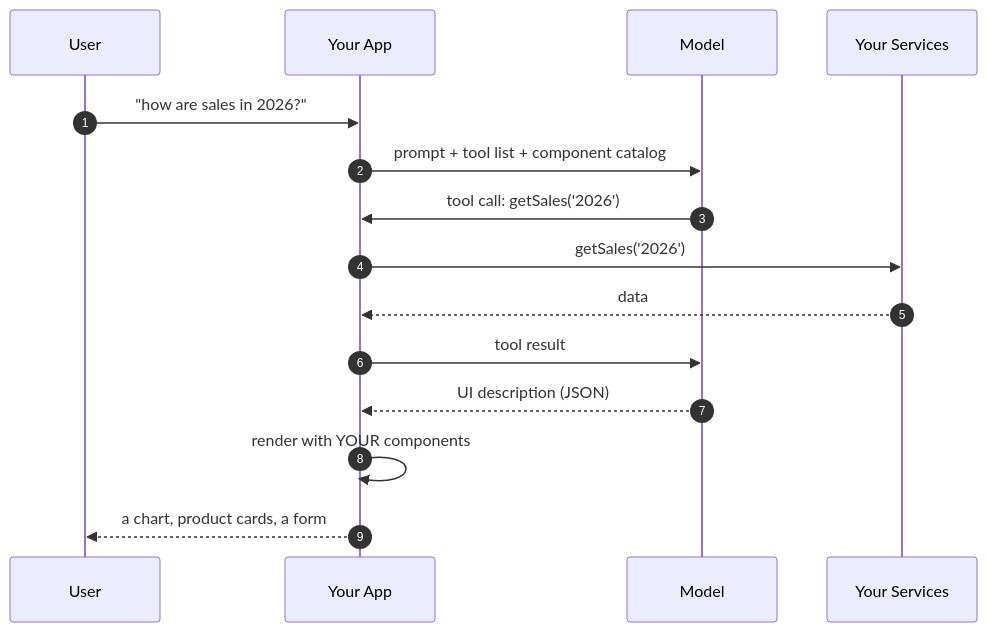
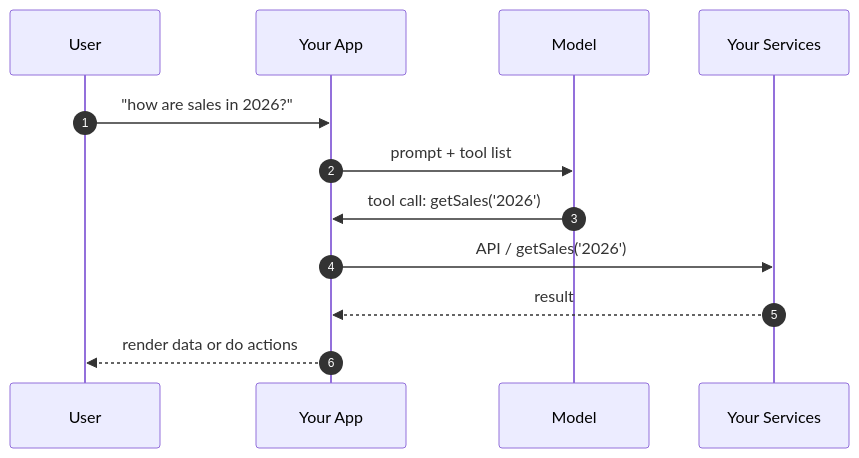
Before and after one commit to fb-talks/generative-ui: the first of 3 diagrams in decks/04-generative-ui.md, drawn with Mermaid. The commit also changed other lines of this file and 3 other files, not shown here.

````diff
--- a/decks/04-generative-ui.md
+++ b/decks/04-generative-ui.md
@@ -76,18 +76,16 @@
 ```mermaid
 sequenceDiagram
     autonumber
     participant U as User
     participant A as Your App
     participant M as Model
     participant S as Your Services
 
     U->>A: "how are sales in 2026?"
-    A->>M: prompt + tool list + component catalog
+    A->>M: prompt + tool list
     M->>A: tool call: getSales('2026')
-    A->>S: getSales('2026')
-    S-->>A: data
-    A->>M: tool result
-    M-->>A: UI description (JSON)
-    A->>A: render with YOUR components
-    A-->>U: a chart, product cards, a form
+    A->>S: API / getSales('2026')
+    S-->>A: result
+    A-->>U: render data or do actions
+
 ```
````
